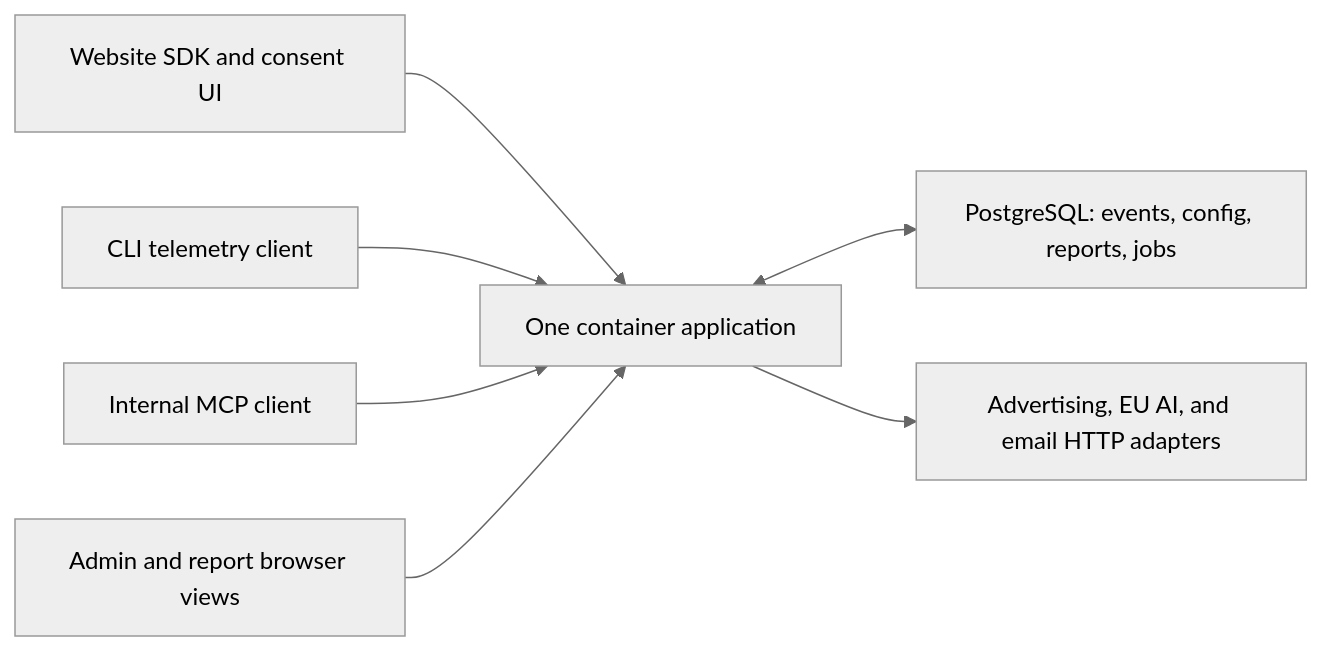
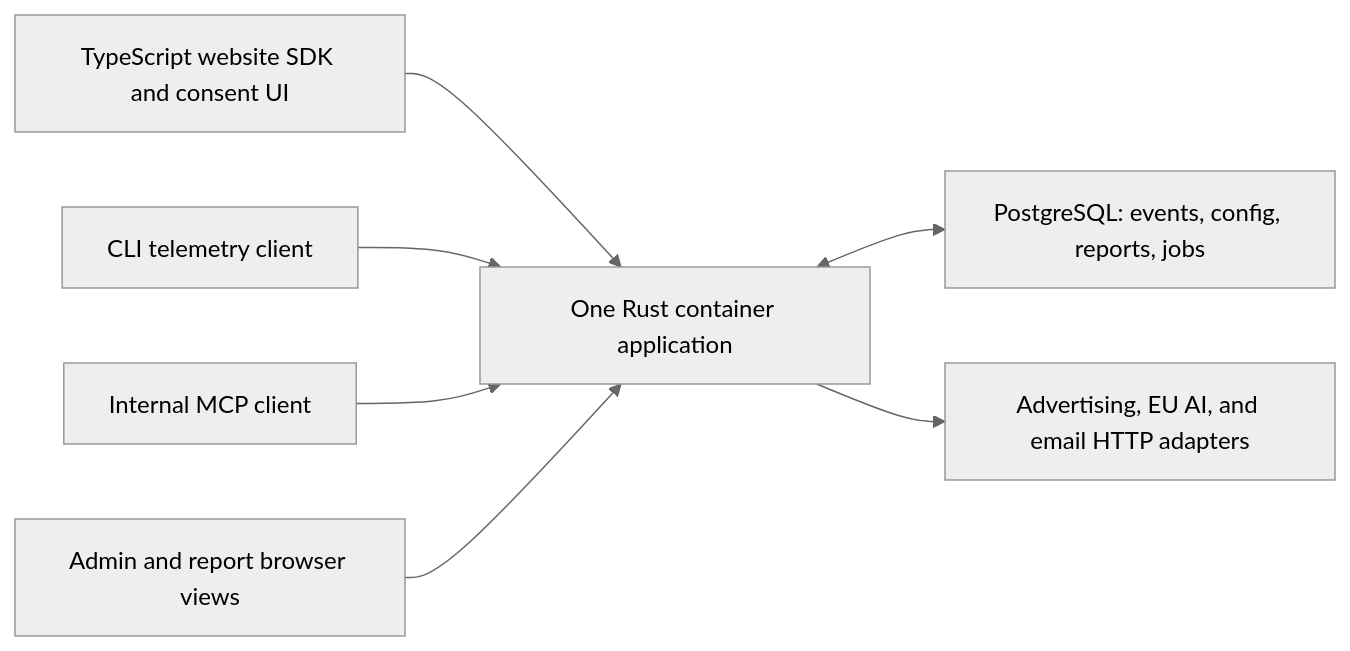
One commit to sebastian-software/sebastian-pulse changed the diagram in docs/plans/analytics-service.md. Above: the diagram before and after it, drawn with Mermaid (neutral theme). The commit also changed other lines of this file and 8 other files, not shown here.

Commit message:
Record living ADRs and Rust backend architecture

````diff
--- a/docs/plans/analytics-service.md
+++ b/docs/plans/analytics-service.md
@@ -49,9 +55,9 @@
 ```mermaid
 flowchart LR
-    Web[Website SDK and consent UI] --> App[One container application]
+    Web[TypeScript website SDK and consent UI] --> App[One Rust container application]
     CLI[CLI telemetry client] --> App
     MCP[Internal MCP client] --> App
     UI[Admin and report browser views] --> App
     App <--> PG[PostgreSQL: events, config, reports, jobs]
     App --> External[Advertising, EU AI, and email HTTP adapters]
 ```
````
